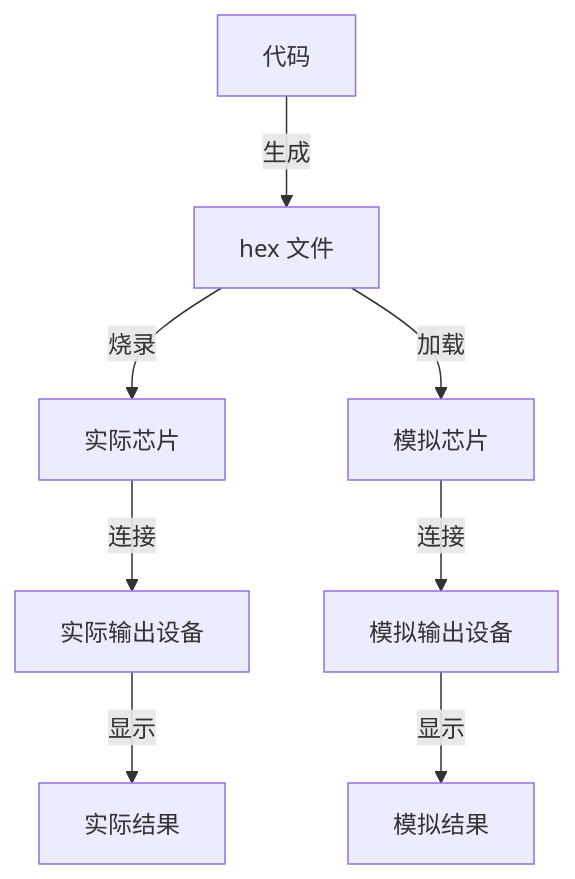
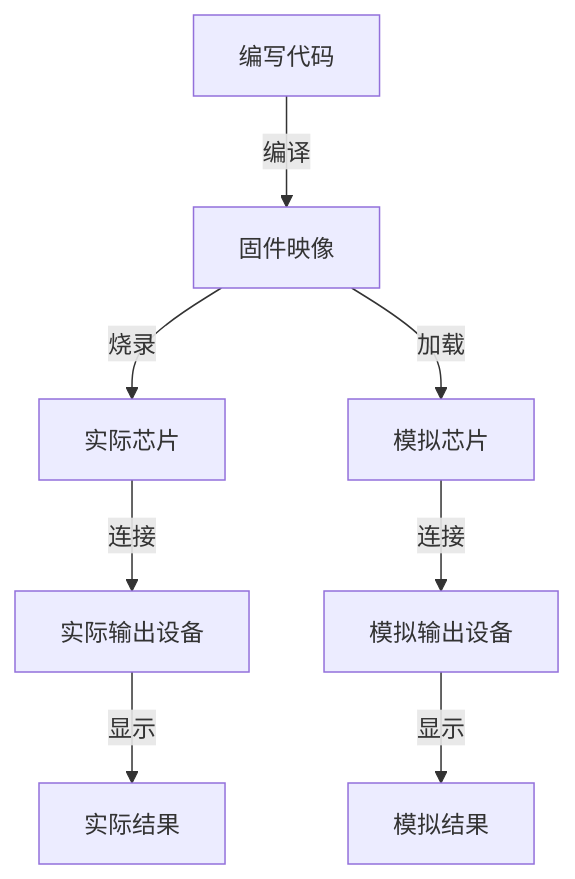
The first of 2 diagrams in docs/嵌入式开发/index.md (Juemuren/DevNotes), drawn with Mermaid before and after one commit. The commit also changed other lines of this file and 4 other files, not shown here.

````diff
--- a/docs/嵌入式开发/index.md
+++ b/docs/嵌入式开发/index.md
@@ -11,11 +11,11 @@
 ```mermaid
 flowchart TD
-    A[代码] --生成--> B[hex 文件]
+    A[编写代码] --编译--> B[固件映像]
     B --烧录--> C[实际芯片]
     C --连接--> D[实际输出设备]
     D --显示--> E[实际结果]
 
     B --加载--> F[模拟芯片]
     F --连接--> G[模拟输出设备]
     G --显示--> H[模拟结果]
 ```
````
